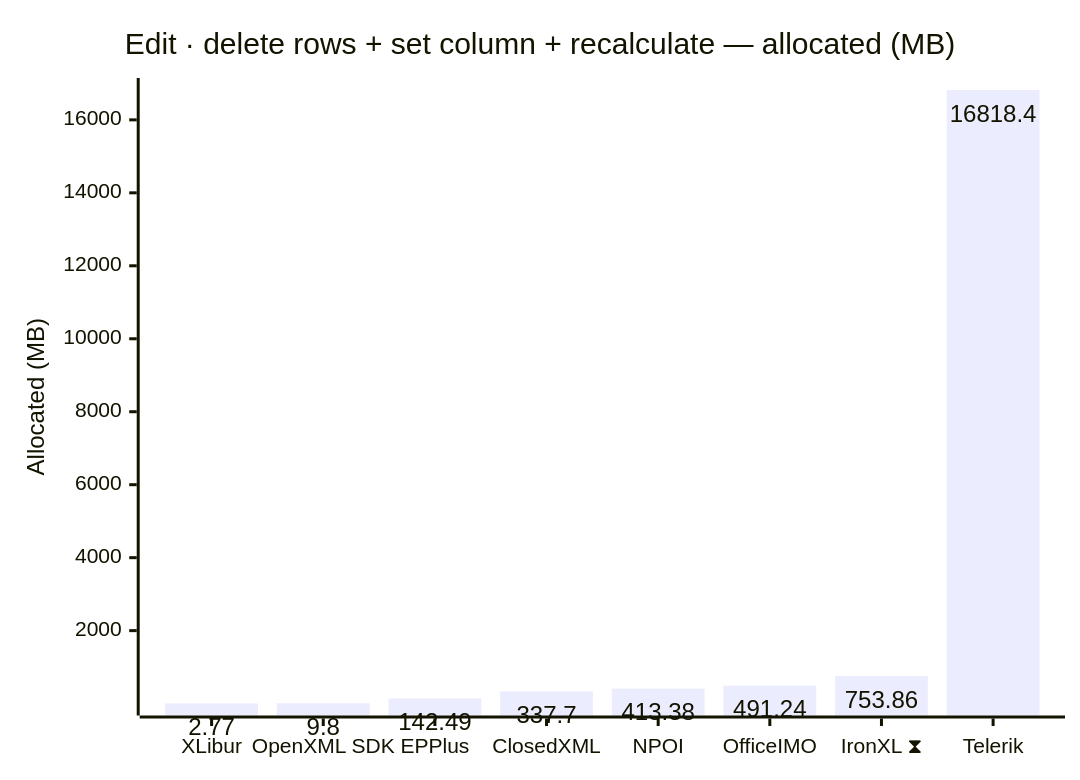
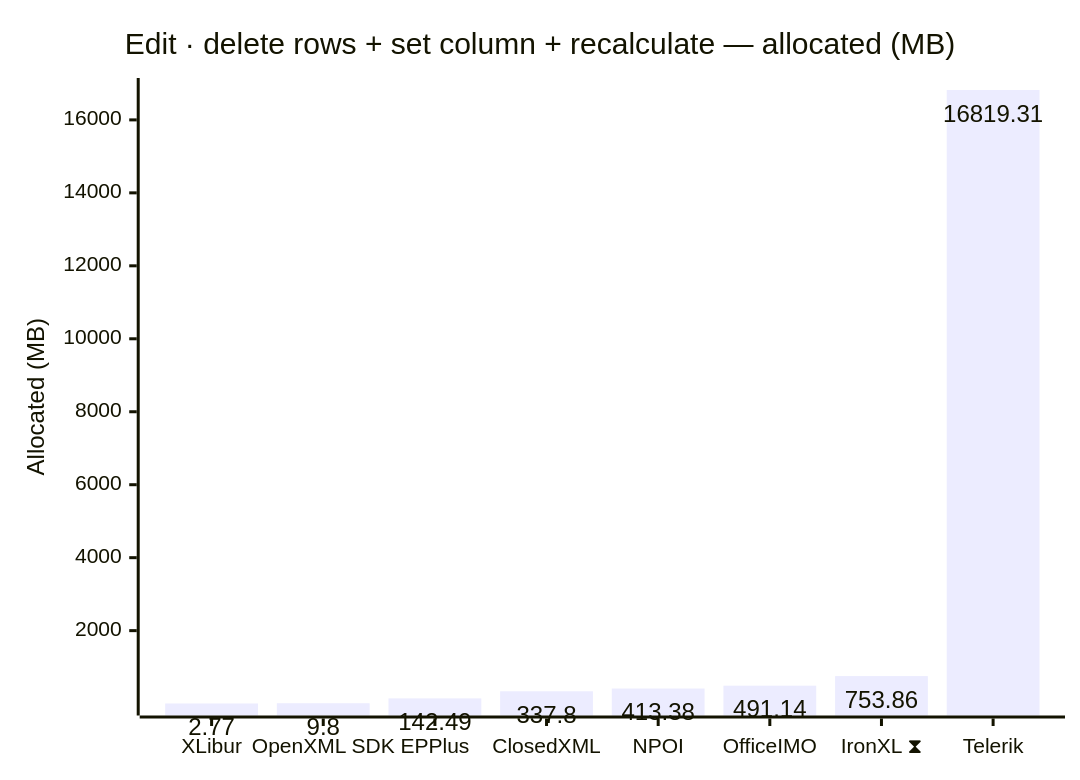
One commit to jafin/XLBench changed the tenth of 12 diagrams in docs/results.md. Above: the diagram before and after it, drawn with Mermaid. The commit also changed other lines of this file and 1 other file, not shown here.

````diff
--- a/docs/results.md
+++ b/docs/results.md
@@ -159,12 +159,12 @@
 ```mermaid
 ---
 config:
   xyChart:
     showDataLabel: true
 ---
 xychart-beta
     title "Edit · delete rows + set column + recalculate — allocated (MB)"
     x-axis ["XLibur", "OpenXML SDK", "EPPlus", "ClosedXML", "NPOI", "OfficeIMO", "IronXL ⧗", "Telerik"]
     y-axis "Allocated (MB)"
-    bar [2.77, 9.8, 142.49, 337.7, 413.38, 491.24, 753.86, 16818.4]
+    bar [2.77, 9.8, 142.49, 337.8, 413.38, 491.14, 753.86, 16819.31]
 ```
````
